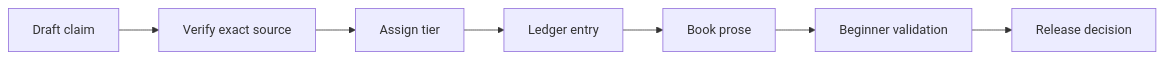
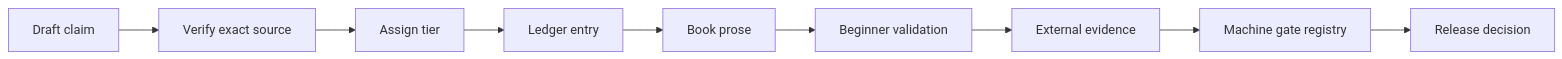
Before and after one commit to streamentry/streamentry: the first of 3 diagrams in book/references/AGENTS.md, drawn with Mermaid. The commit also changed other lines of this file and 32 other files, not shown here.

````diff
--- a/book/references/AGENTS.md
+++ b/book/references/AGENTS.md
@@ -32,6 +37,8 @@
 ```mermaid
 flowchart LR
   C["Draft claim"] --> V["Verify exact source"] --> T["Assign tier"] --> L["Ledger entry"] --> B["Book prose"]
   B --> U["Beginner validation"]
-  U --> R["Release decision"]
+  U --> E["External evidence"]
+  E --> G["Machine gate registry"]
+  G --> R["Release decision"]
 ```
````
